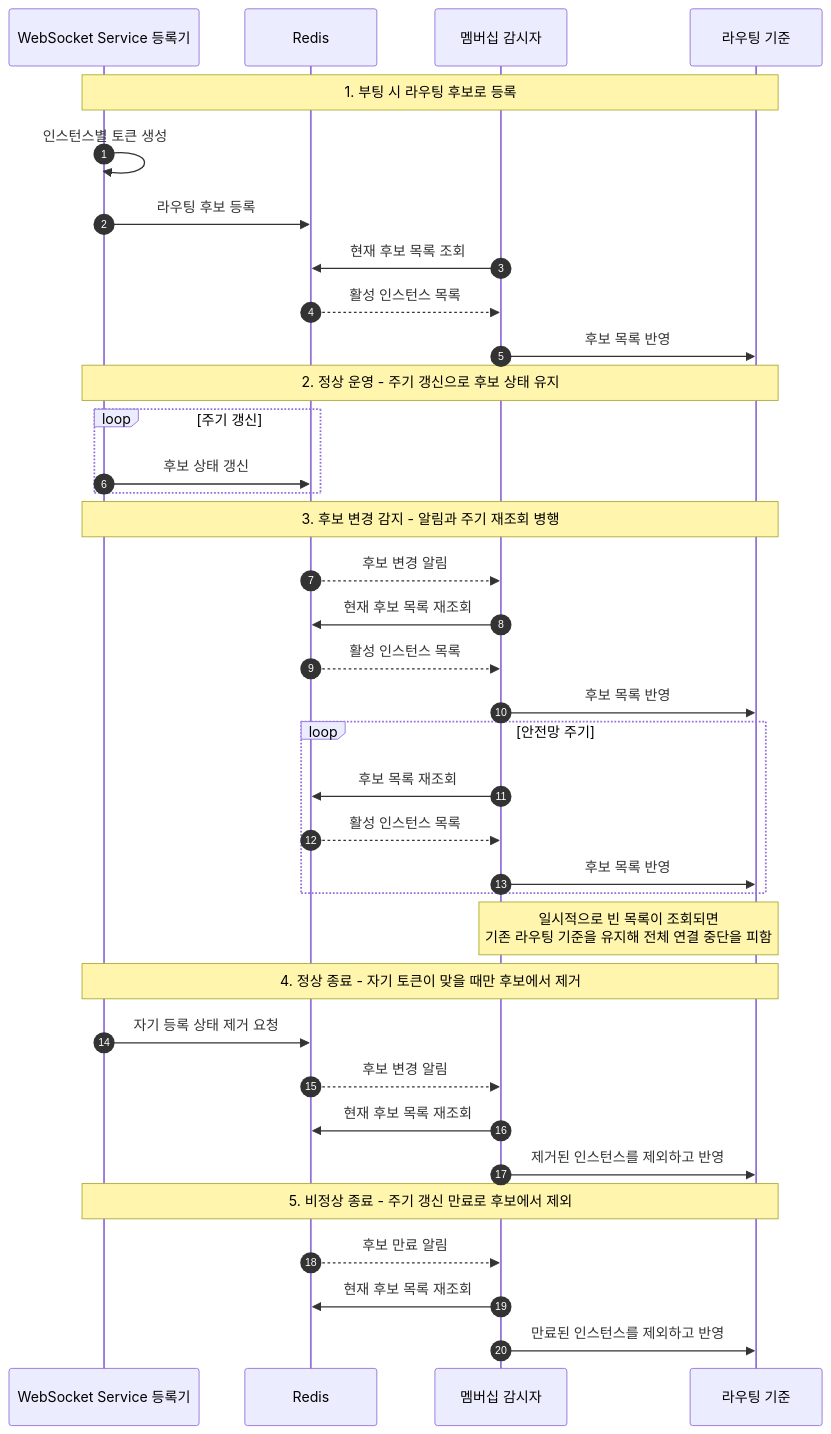
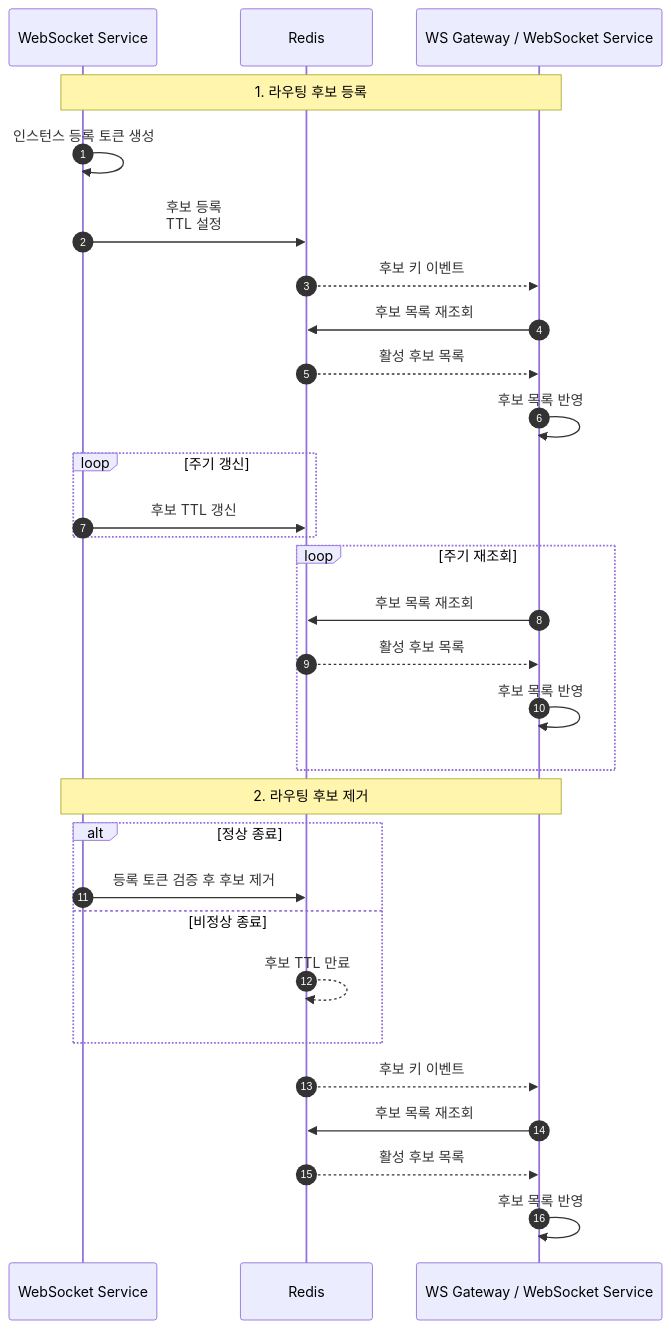
Before and after one commit to happyhun/go-chat-msa: the diagram in docs/diagrams/seq-membership-sync.mmd, drawn with Mermaid. The commit also changed 15 other files, not shown here.

Commit message:
docs: 다이어그램 구성과 문서 참조 정리

```diff
--- a/docs/diagrams/seq-membership-sync.mmd
+++ b/docs/diagrams/seq-membership-sync.mmd
@@ -1,43 +1,37 @@
 sequenceDiagram
     autonumber
 
-    participant Registry as WebSocket Service 등록기
+    participant WSS as WebSocket Service
     participant Redis as Redis
-    participant Watcher as 멤버십 감시자
-    participant Ring as 라우팅 기준
+    participant Instance as WS Gateway / WebSocket Service
 
-    Note over Registry, Ring: 1. 부팅 시 라우팅 후보로 등록
-    Registry->>Registry: 인스턴스별 토큰 생성
-    Registry->>Redis: 라우팅 후보 등록
-    Watcher->>Redis: 현재 후보 목록 조회
-    Redis-->>Watcher: 활성 인스턴스 목록
-    Watcher->>Ring: 후보 목록 반영
+    Note over WSS, Instance: 1. 라우팅 후보 등록
+    WSS->>WSS: 인스턴스 등록 토큰 생성
+    WSS->>Redis: 후보 등록<br/>TTL 설정
 
-    Note over Registry, Ring: 2. 정상 운영 - 주기 갱신으로 후보 상태 유지
+    Redis-->>Instance: 후보 키 이벤트
+    Instance->>Redis: 후보 목록 재조회
+    Redis-->>Instance: 활성 후보 목록
+    Instance->>Instance: 후보 목록 반영
+
     loop 주기 갱신
-        Registry->>Redis: 후보 상태 갱신
+        WSS->>Redis: 후보 TTL 갱신
     end
 
-    Note over Registry, Ring: 3. 후보 변경 감지 - 알림과 주기 재조회 병행
-    Redis-->>Watcher: 후보 변경 알림
-    Watcher->>Redis: 현재 후보 목록 재조회
-    Redis-->>Watcher: 활성 인스턴스 목록
-    Watcher->>Ring: 후보 목록 반영
+    loop 주기 재조회
+        Instance->>Redis: 후보 목록 재조회
+        Redis-->>Instance: 활성 후보 목록
+        Instance->>Instance: 후보 목록 반영
+    end
 
-    loop 안전망 주기
-        Watcher->>Redis: 후보 목록 재조회
-        Redis-->>Watcher: 활성 인스턴스 목록
-        Watcher->>Ring: 후보 목록 반영
+    Note over WSS, Instance: 2. 라우팅 후보 제거
+    alt 정상 종료
+        WSS->>Redis: 등록 토큰 검증 후 후보 제거
+    else 비정상 종료
+        Redis-->>Redis: 후보 TTL 만료
     end
-    Note over Watcher, Ring: 일시적으로 빈 목록이 조회되면<br/>기존 라우팅 기준을 유지해 전체 연결 중단을 피함
 
-    Note over Registry, Ring: 4. 정상 종료 - 자기 토큰이 맞을 때만 후보에서 제거
-    Registry->>Redis: 자기 등록 상태 제거 요청
-    Redis-->>Watcher: 후보 변경 알림
-    Watcher->>Redis: 현재 후보 목록 재조회
-    Watcher->>Ring: 제거된 인스턴스를 제외하고 반영
-
-    Note over Registry, Ring: 5. 비정상 종료 - 주기 갱신 만료로 후보에서 제외
-    Redis-->>Watcher: 후보 만료 알림
-    Watcher->>Redis: 현재 후보 목록 재조회
-    Watcher->>Ring: 만료된 인스턴스를 제외하고 반영
+    Redis-->>Instance: 후보 키 이벤트
+    Instance->>Redis: 후보 목록 재조회
+    Redis-->>Instance: 활성 후보 목록
+    Instance->>Instance: 후보 목록 반영
```
